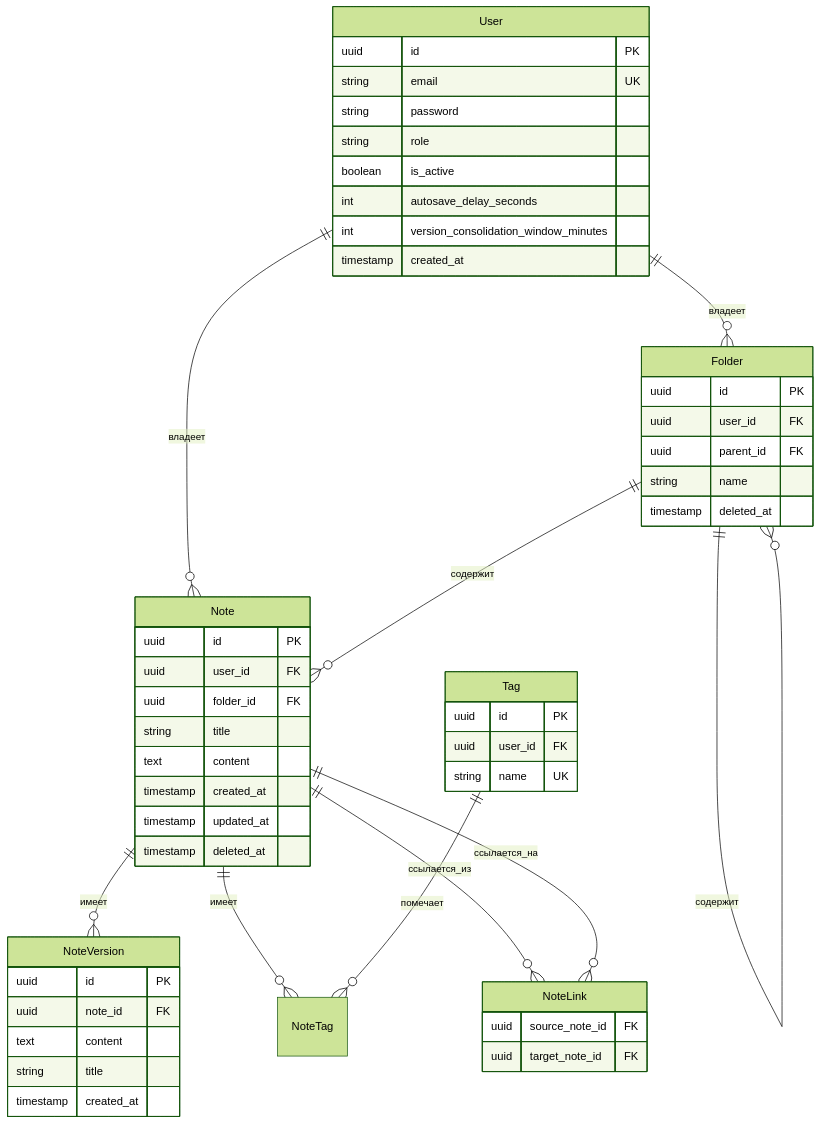
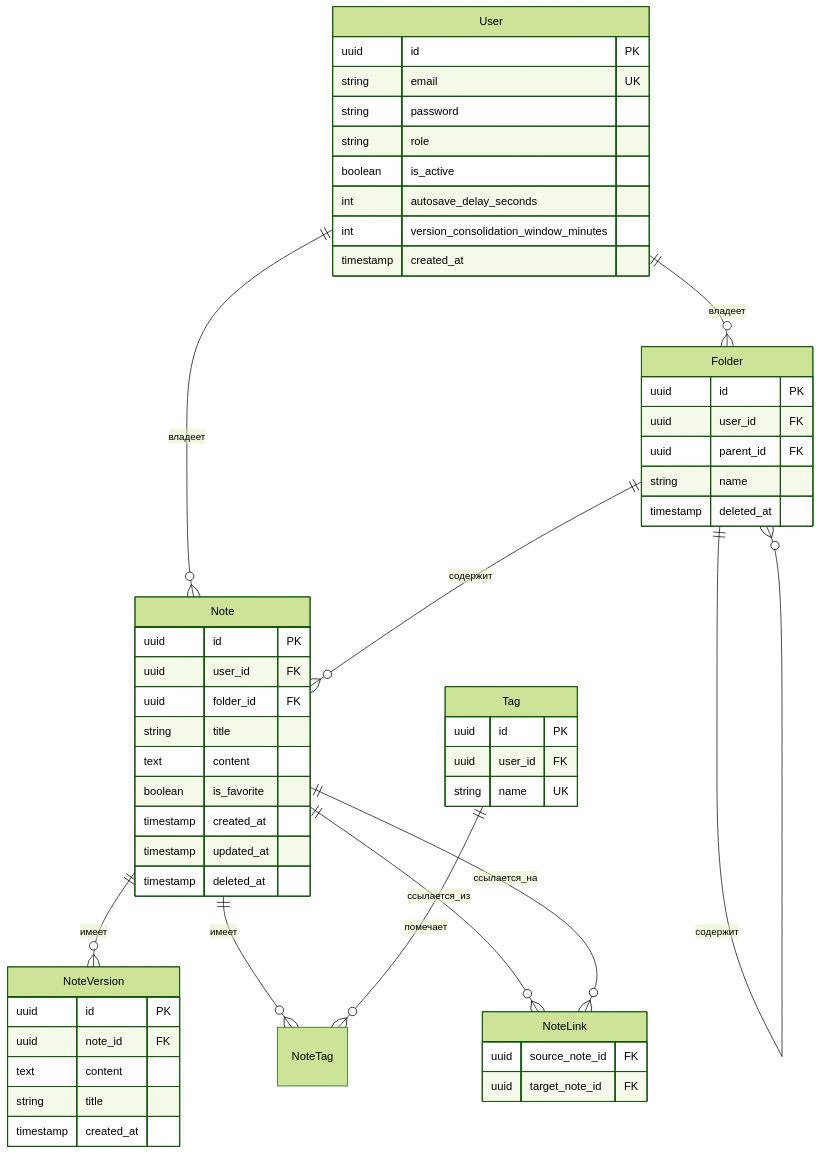
Before and after one commit to anton-test-otus/otus-ai-app: the second of 2 diagrams in ARCHITECTURE.md, drawn with Mermaid (forest theme). The commit also changed other lines of this file and 28 other files, not shown here.

````diff
--- a/ARCHITECTURE.md
+++ b/ARCHITECTURE.md
@@ -63,61 +63,62 @@
 ```mermaid
 erDiagram
     User ||--o{ Note : владеет
     User ||--o{ Folder : владеет
     Folder ||--o{ Folder : содержит
     Folder ||--o{ Note : содержит
     Note ||--o{ NoteVersion : имеет
     Note ||--o{ NoteTag : имеет
     Tag ||--o{ NoteTag : помечает
     Note ||--o{ NoteLink : ссылается_из
     Note ||--o{ NoteLink : ссылается_на
 
     User {
         uuid id PK
         string email UK
         string password
         string role
         boolean is_active
         int autosave_delay_seconds
         int version_consolidation_window_minutes
         timestamp created_at
     }
     
     Folder {
         uuid id PK
         uuid user_id FK
         uuid parent_id FK
         string name
         timestamp deleted_at
     }
     
     Note {
         uuid id PK
         uuid user_id FK
         uuid folder_id FK
         string title
         text content
+        boolean is_favorite
         timestamp created_at
         timestamp updated_at
         timestamp deleted_at
     }
     
     NoteVersion {
         uuid id PK
         uuid note_id FK
         text content
         string title
         timestamp created_at
     }
     
     Tag {
         uuid id PK
         uuid user_id FK
         string name UK
     }
     
     NoteLink {
         uuid source_note_id FK
         uuid target_note_id FK
     }
 ```
````
